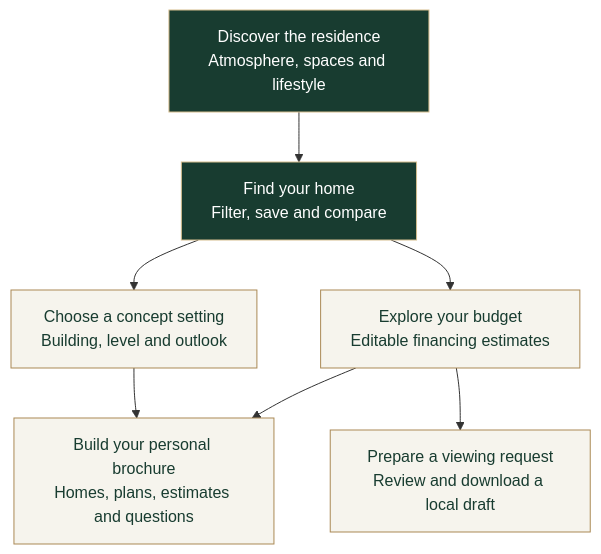
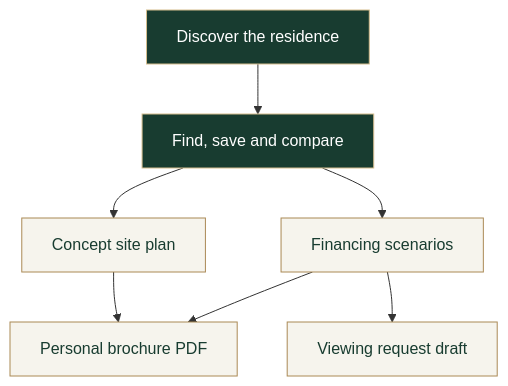
The diagram in README.md (ChrystalFSC/lioravenn-residences), drawn with Mermaid before and after one commit.

Commit message:
Keep README journey diagram compact

````diff
--- a/README.md
+++ b/README.md
@@ -75,13 +75,13 @@
 ```mermaid
 flowchart TD
-    A["Discover the residence<br/>Atmosphere, spaces and lifestyle"] --> B["Find your home<br/>Filter, save and compare"]
-    B --> C["Choose a concept setting<br/>Building, level and outlook"]
-    B --> D["Explore your budget<br/>Editable financing estimates"]
-    C --> E["Build your personal brochure<br/>Homes, plans, estimates and questions"]
+    A["Discover the residence"] --> B["Find, save and compare"]
+    B --> C["Concept site plan"]
+    B --> D["Financing scenarios"]
+    C --> E["Personal brochure PDF"]
     D --> E
-    D --> F["Prepare a viewing request<br/>Review and download a local draft"]
+    D --> F["Viewing request draft"]
     classDef discovery fill:#183c30,stroke:#d5bd8e,color:#ffffff
     classDef choice fill:#f6f4ed,stroke:#aa8955,color:#183c30
     class A,B discovery
     class C,D,E,F choice
 ```
````
